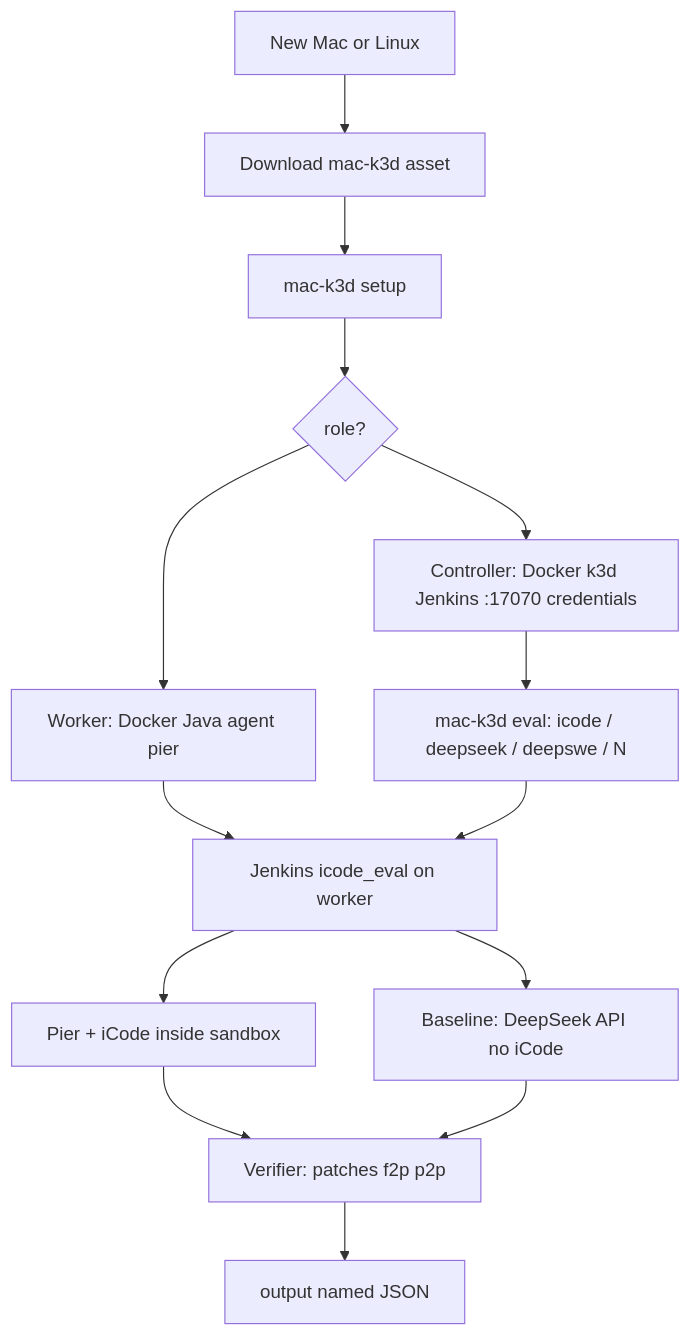
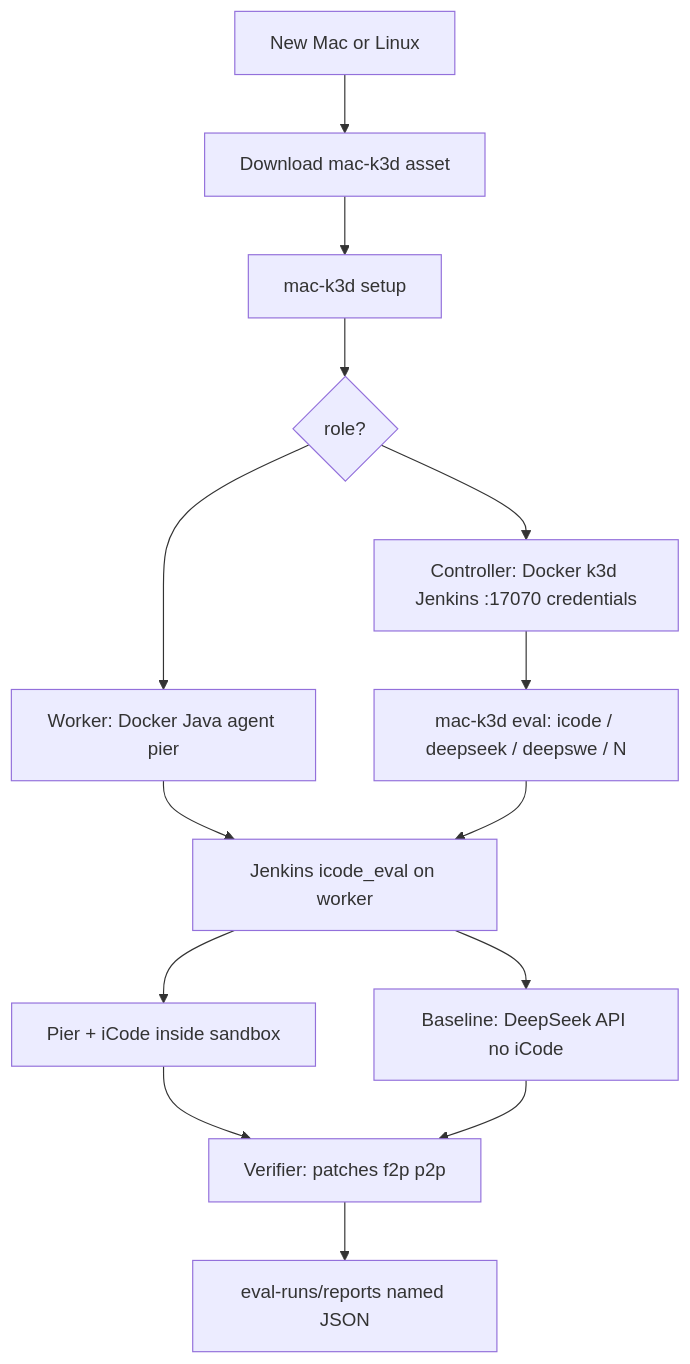
One commit to Toby-Yu/mac-k3d changed the diagram in docs/binary-initializer/workflow.md. Above: the diagram before and after it, drawn with Mermaid. The commit also changed other lines of this file and 2 other files, not shown here.

First line of the commit message:
Update documentation for evaluation output paths and report handling

````diff
--- a/docs/binary-initializer/workflow.md
+++ b/docs/binary-initializer/workflow.md
@@ -27,27 +27,27 @@
 ```mermaid
 flowchart TD
   newHost["New Mac or Linux"]
   bin["Download mac-k3d asset"]
   setup["mac-k3d setup"]
   role{"role?"}
   ctrl["Controller: Docker k3d Jenkins :17070 credentials"]
   work["Worker: Docker Java agent pier"]
   evalCli["mac-k3d eval: icode / deepseek / deepswe / N"]
   job["Jenkins icode_eval on worker"]
   pierA["Pier + iCode inside sandbox"]
   pierB["Baseline: DeepSeek API no iCode"]
   grade["Verifier: patches f2p p2p"]
-  json["output named JSON"]
+  json["eval-runs/reports named JSON"]
 
   newHost --> bin --> setup --> role
   role --> ctrl
   role --> work
   ctrl --> evalCli
   work --> job
   evalCli --> job
   job --> pierA
   job --> pierB
   pierA --> grade
   pierB --> grade
   grade --> json
 ```
````
